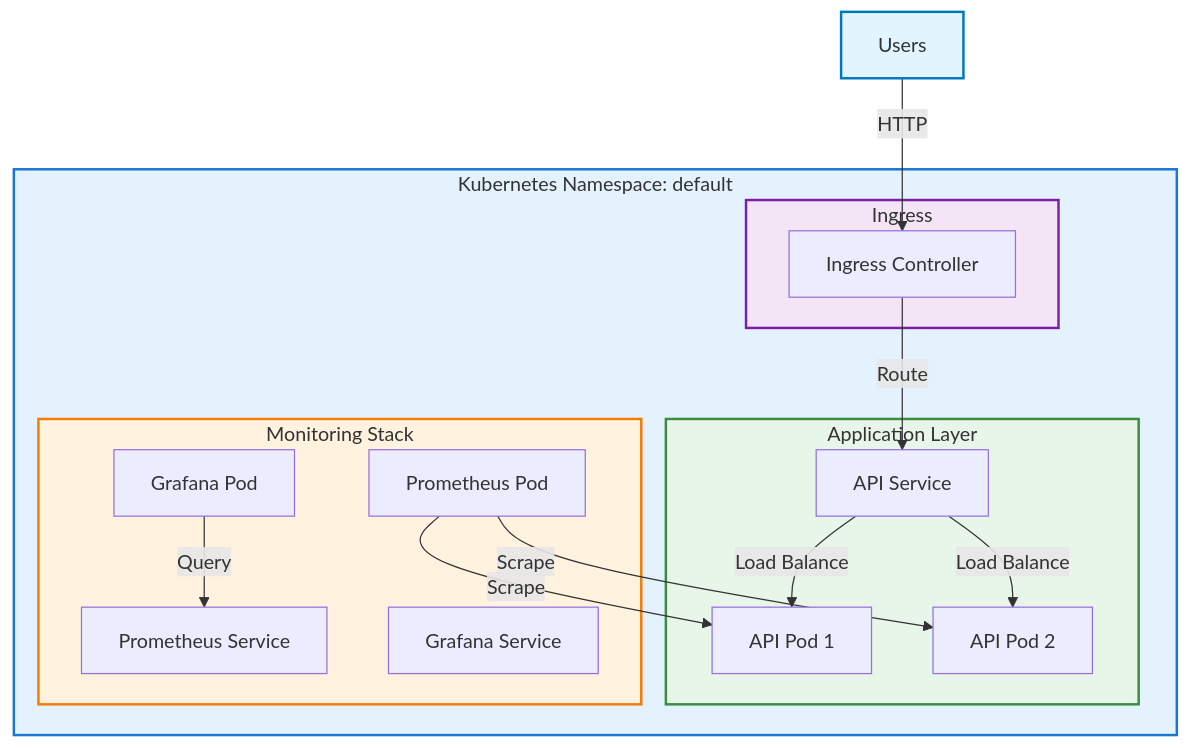
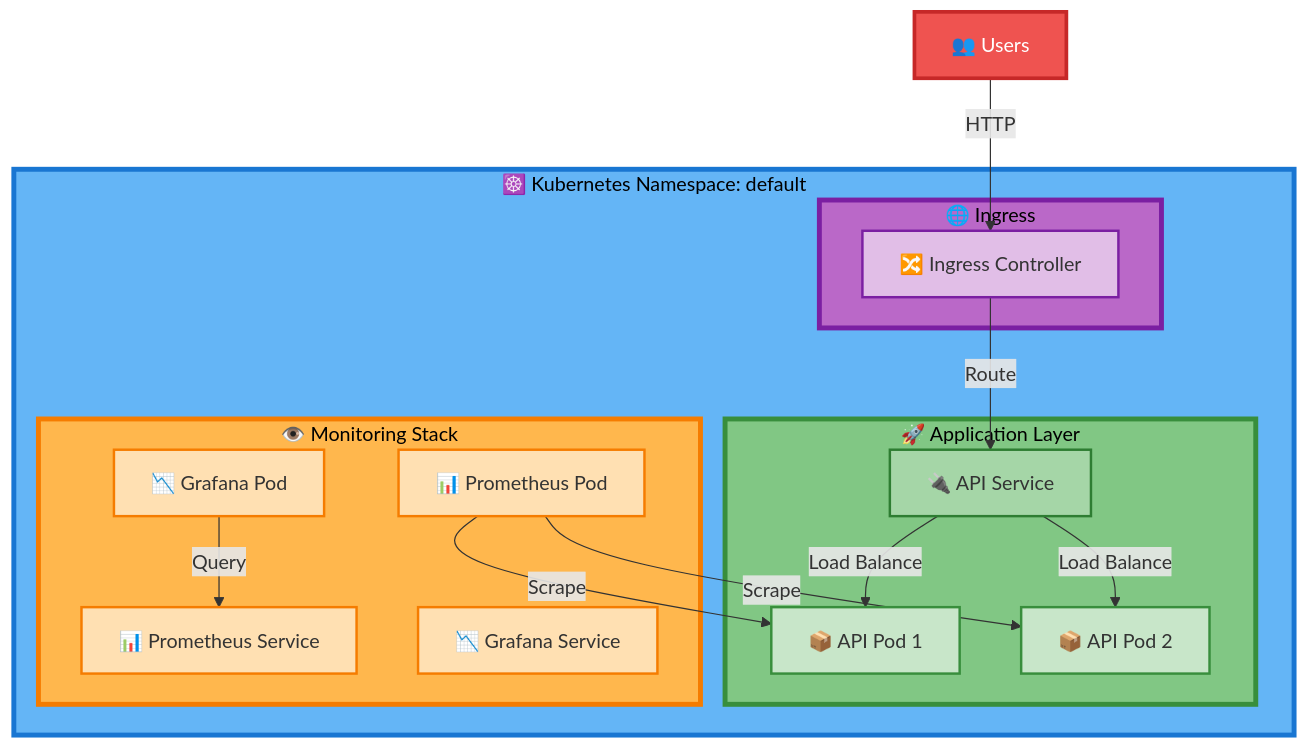
The third of 9 diagrams in README.md (2024aa05820/heart-disease-mlops), drawn with Mermaid before and after one commit. The commit also changed other lines of this file, not shown here.

First line of the commit message:
Enhance Mermaid diagrams with vibrant colors and better visibility

````diff
--- a/README.md
+++ b/README.md
@@ -143,36 +157,44 @@
 ```mermaid
 graph TB
-    subgraph K8S["Kubernetes Namespace: default"]
-        subgraph APP["Application Layer"]
-            API1["API Pod 1"]
-            API2["API Pod 2"]
-            API_SVC["API Service"]
+    subgraph K8S["☸️ Kubernetes Namespace: default"]
+        subgraph APP["🚀 Application Layer"]
+            API1["📦 API Pod 1"]
+            API2["📦 API Pod 2"]
+            API_SVC["🔌 API Service"]
         end
         
-        subgraph MON["Monitoring Stack"]
-            PROM_POD["Prometheus Pod"]
-            PROM_SVC["Prometheus Service"]
-            GRAF_POD["Grafana Pod"]
-            GRAF_SVC["Grafana Service"]
+        subgraph MON["👁️ Monitoring Stack"]
+            PROM_POD["📊 Prometheus Pod"]
+            PROM_SVC["📊 Prometheus Service"]
+            GRAF_POD["📉 Grafana Pod"]
+            GRAF_SVC["📉 Grafana Service"]
         end
         
-        subgraph ING_GRP["Ingress"]
-            ING["Ingress Controller"]
+        subgraph ING_GRP["🌐 Ingress"]
+            ING["🔀 Ingress Controller"]
         end
     end
     
-    USER["Users"] -->|HTTP| ING
+    USER["👥 Users"] -->|HTTP| ING
     ING -->|Route| API_SVC
     API_SVC -->|Load Balance| API1
     API_SVC -->|Load Balance| API2
     
     PROM_POD -->|Scrape| API1
     PROM_POD -->|Scrape| API2
     GRAF_POD -->|Query| PROM_SVC
     
-    style K8S fill:#e3f2fd,stroke:#1976d2,stroke-width:2px
-    style APP fill:#e8f5e9,stroke:#388e3c,stroke-width:2px
-    style MON fill:#fff3e0,stroke:#f57c00,stroke-width:2px
-    style ING_GRP fill:#f3e5f5,stroke:#7b1fa2,stroke-width:2px
-    style USER fill:#e1f5ff,stroke:#0277bd,stroke-width:2px
+    style K8S fill:#64B5F6,stroke:#1976D2,stroke-width:4px,color:#000
+    style APP fill:#81C784,stroke:#388E3C,stroke-width:4px,color:#000
+    style MON fill:#FFB74D,stroke:#F57C00,stroke-width:4px,color:#000
+    style ING_GRP fill:#BA68C8,stroke:#7B1FA2,stroke-width:4px,color:#000
+    style USER fill:#EF5350,stroke:#C62828,stroke-width:3px,color:#FFF
+    style API1 fill:#C8E6C9,stroke:#388E3C,stroke-width:2px
+    style API2 fill:#C8E6C9,stroke:#388E3C,stroke-width:2px
+    style API_SVC fill:#A5D6A7,stroke:#2E7D32,stroke-width:2px
+    style PROM_POD fill:#FFE0B2,stroke:#F57C00,stroke-width:2px
+    style PROM_SVC fill:#FFE0B2,stroke:#F57C00,stroke-width:2px
+    style GRAF_POD fill:#FFE0B2,stroke:#F57C00,stroke-width:2px
+    style GRAF_SVC fill:#FFE0B2,stroke:#F57C00,stroke-width:2px
+    style ING fill:#E1BEE7,stroke:#7B1FA2,stroke-width:2px
 ```
````
